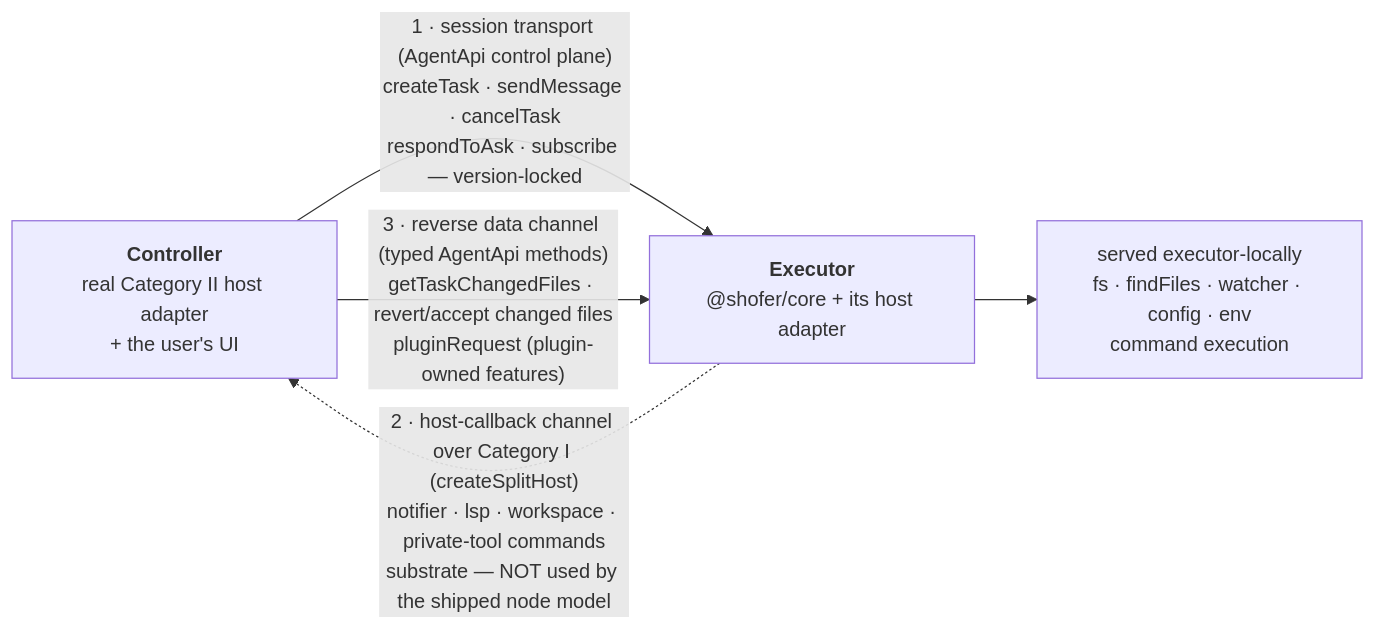
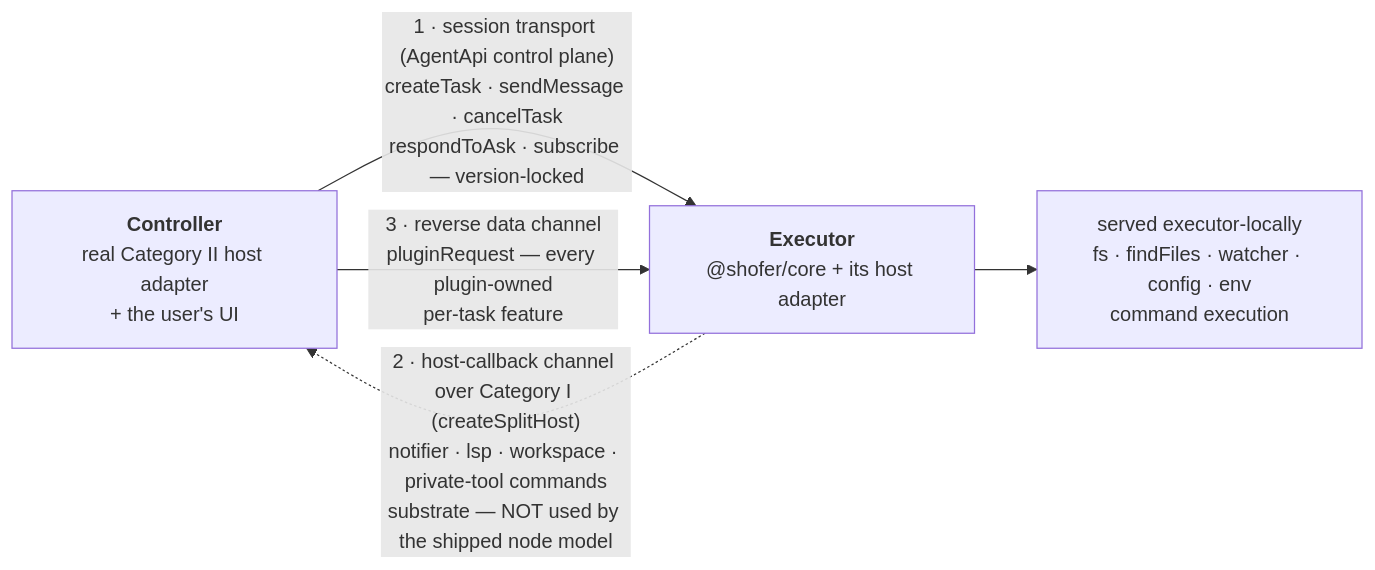
One commit to shofer-dev/shofer changed the third of 3 diagrams in docs/v3_architecture.md. Above: the diagram before and after it, drawn with Mermaid. The commit also changed other lines of this file and 104 other files, not shown here.

````diff
--- a/docs/v3_architecture.md
+++ b/docs/v3_architecture.md
@@ -340,11 +335,11 @@
 ```mermaid
 flowchart LR
     CTRL["<b>Controller</b><br/>real Category II host adapter<br/>+ the user's UI"]
     EXEC["<b>Executor</b><br/>@shofer/core + its host adapter"]
     LOC["served executor-locally<br/>fs · findFiles · watcher · config · env<br/>command execution"]
 
     CTRL -->|"1 · session transport (AgentApi control plane)<br/>createTask · sendMessage · cancelTask<br/>respondToAsk · subscribe — version-locked"| EXEC
-    CTRL -->|"3 · reverse data channel (typed AgentApi methods)<br/>getTaskChangedFiles · revert/accept changed files<br/>pluginRequest (plugin-owned features)"| EXEC
+    CTRL -->|"3 · reverse data channel<br/>pluginRequest — every plugin-owned<br/>per-task feature"| EXEC
     EXEC -.->|"2 · host-callback channel over Category I (createSplitHost)<br/>notifier · lsp · workspace · private-tool commands<br/>substrate — NOT used by the shipped node model"| CTRL
     EXEC --> LOC
 ```
````
